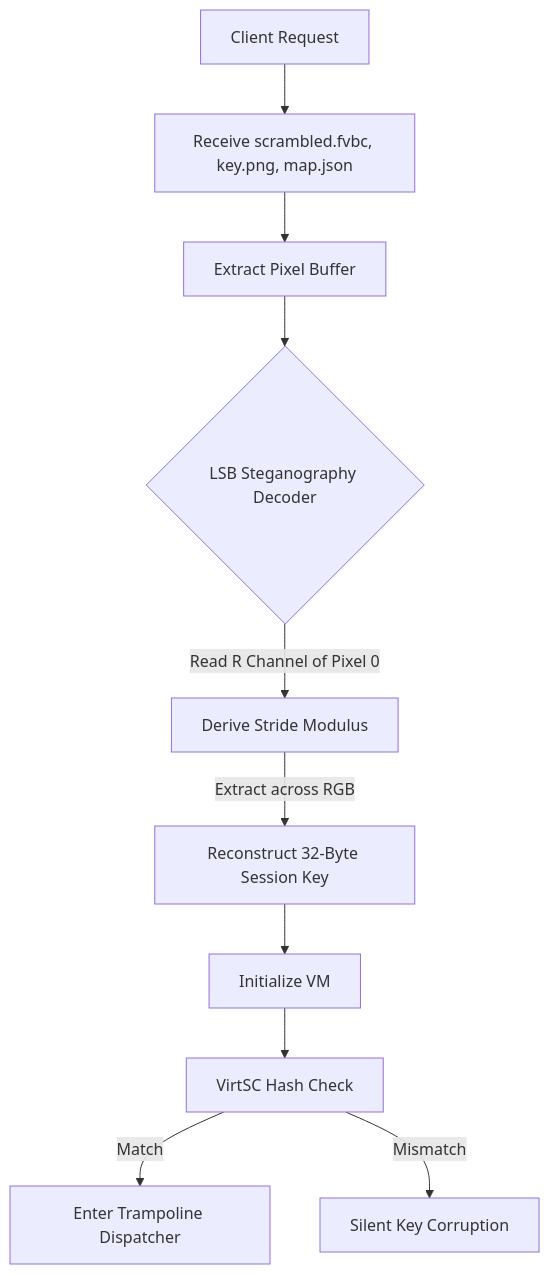
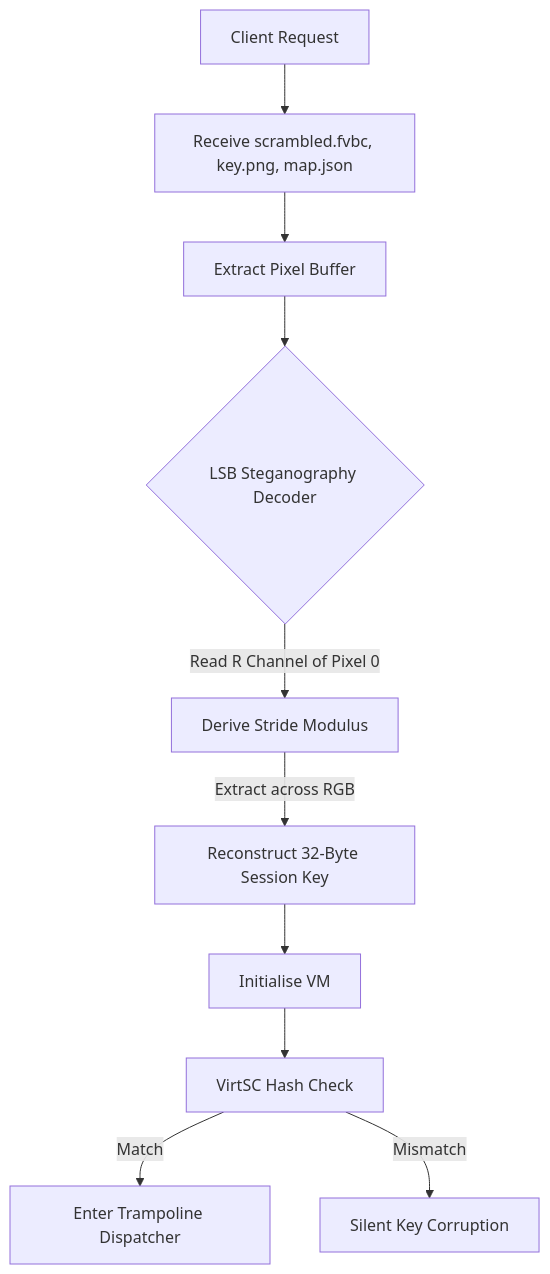
Before and after one commit to lkeld/fortress-wasm: the second of 5 diagrams in ARCHITECTURE.md, drawn with Mermaid. The commit also changed other lines of this file and 8 other files, not shown here.

````diff
--- a/ARCHITECTURE.md
+++ b/ARCHITECTURE.md
@@ -37,13 +37,13 @@
 ```mermaid
 graph TD
     A[Client Request] --> B[Receive scrambled.fvbc, key.png, map.json]
     B --> C[Extract Pixel Buffer]
     C --> D{LSB Steganography Decoder}
     D -->|Read R Channel of Pixel 0| E[Derive Stride Modulus]
     E -->|Extract across RGB| F[Reconstruct 32-Byte Session Key]
     
-    F --> G[Initialize VM]
+    F --> G[Initialise VM]
     G --> H[VirtSC Hash Check]
     H -->|Match| I[Enter Trampoline Dispatcher]
     H -->|Mismatch| J[Silent Key Corruption]
 ```
````
